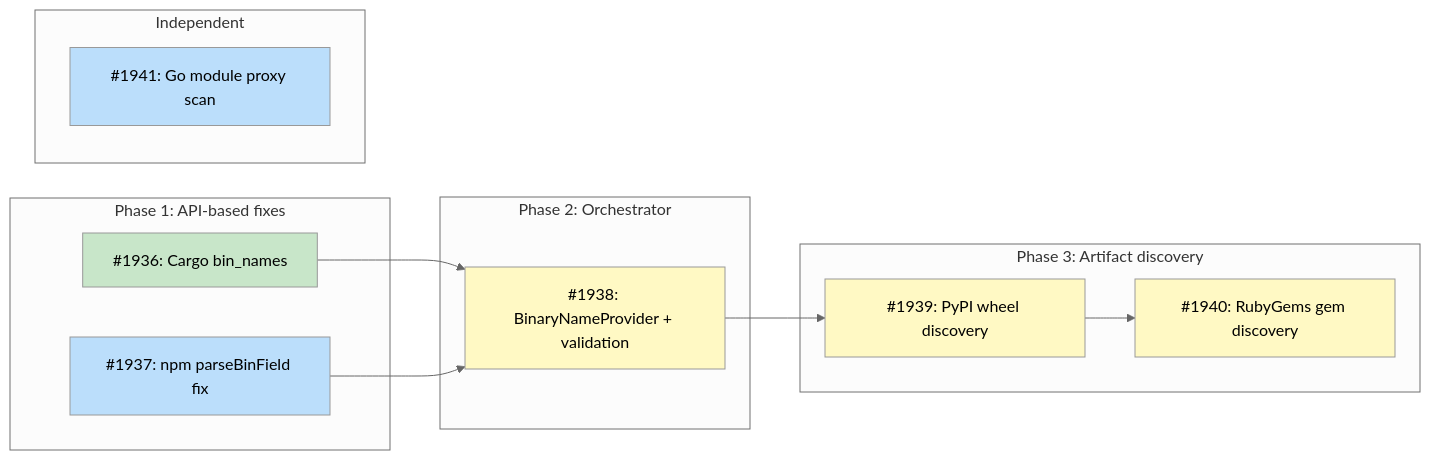
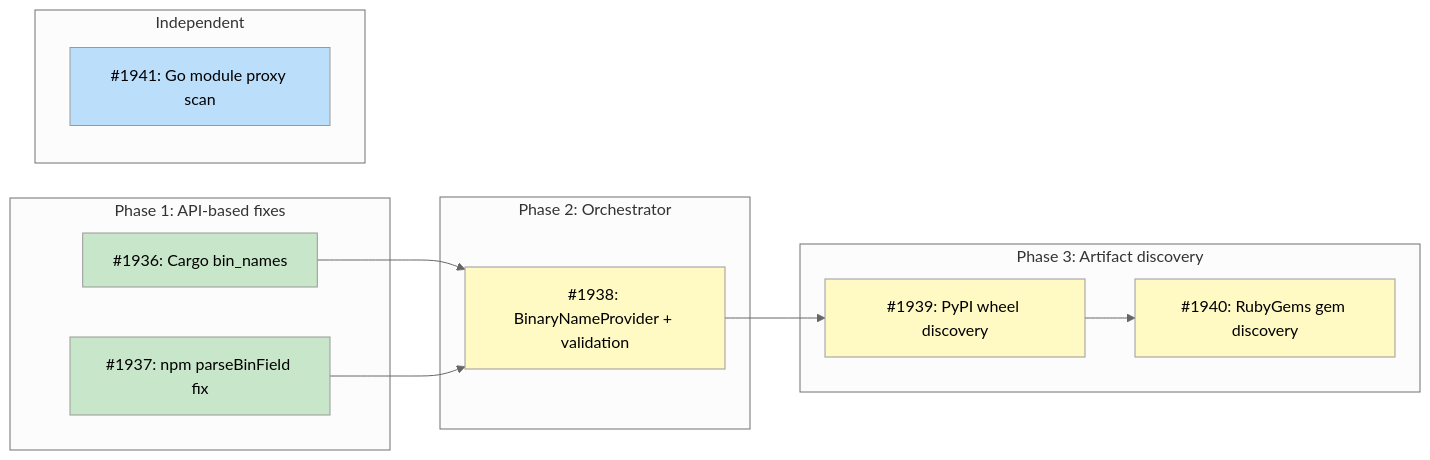
One commit to tsukumogami/tsuku changed the diagram in docs/designs/DESIGN-binary-name-discovery.md. Above: the diagram before and after it, drawn with Mermaid (neutral theme). The commit also changed other lines of this file and 1 other file, not shown here.

Commit message:
docs: mark #1937 complete in design doc

````diff
--- a/docs/designs/DESIGN-binary-name-discovery.md
+++ b/docs/designs/DESIGN-binary-name-discovery.md
@@ -55,35 +55,35 @@
 ```mermaid
 graph LR
     subgraph Phase1["Phase 1: API-based fixes"]
         I1936["#1936: Cargo bin_names"]
         I1937["#1937: npm parseBinField fix"]
     end
 
     subgraph Phase2["Phase 2: Orchestrator"]
         I1938["#1938: BinaryNameProvider + validation"]
     end
 
     subgraph Phase3["Phase 3: Artifact discovery"]
         I1939["#1939: PyPI wheel discovery"]
         I1940["#1940: RubyGems gem discovery"]
     end
 
     subgraph Independent["Independent"]
         I1941["#1941: Go module proxy scan"]
     end
 
     I1936 --> I1938
     I1937 --> I1938
     I1938 --> I1939
     I1939 --> I1940
 
     classDef done fill:#c8e6c9
     classDef ready fill:#bbdefb
     classDef blocked fill:#fff9c4
     classDef needsDesign fill:#e1bee7
     classDef tracksDesign fill:#FFE0B2,stroke:#F57C00,color:#000
 
-    class I1936 done
-    class I1937,I1941 ready
+    class I1936,I1937 done
+    class I1941 ready
     class I1938,I1939,I1940 blocked
 ```
````
